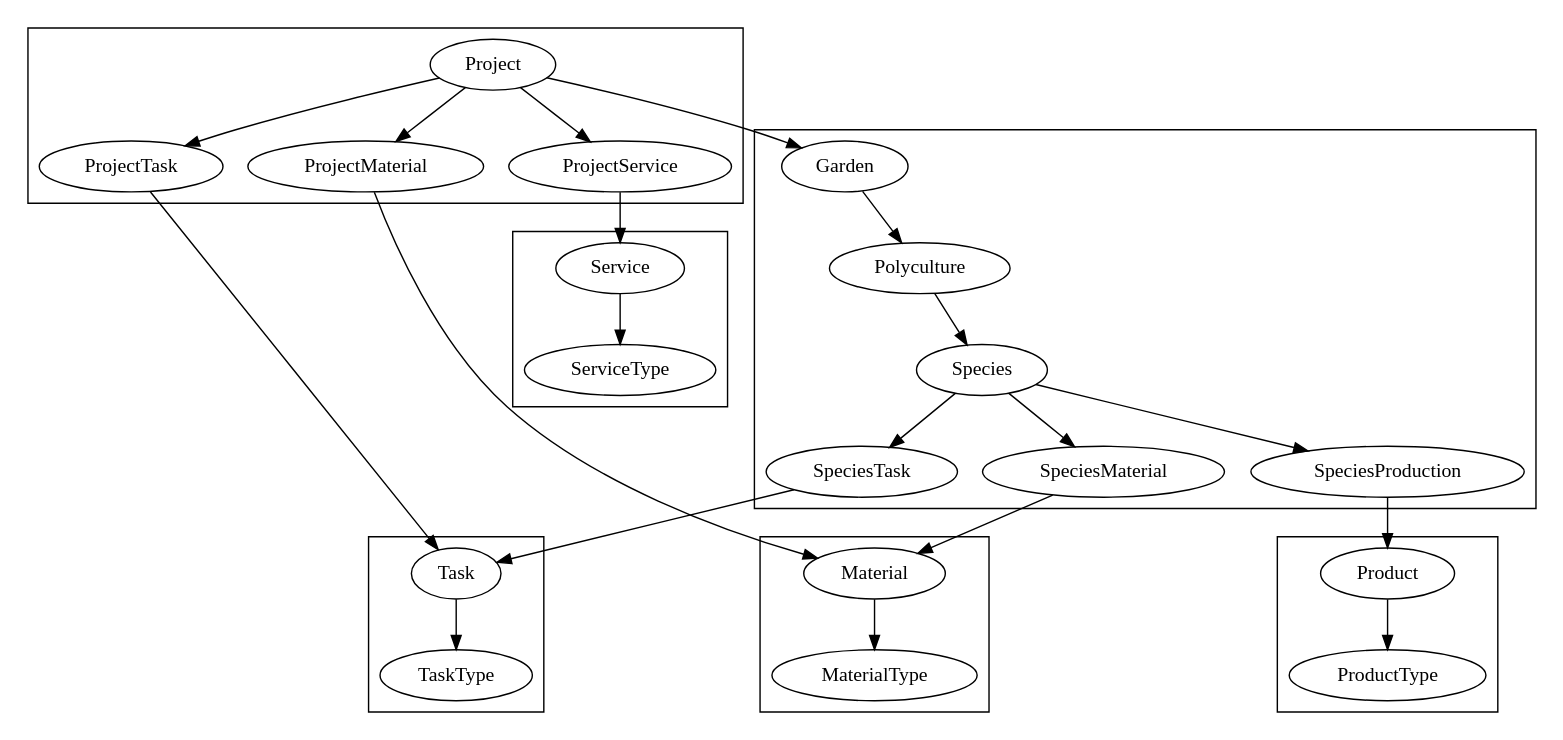
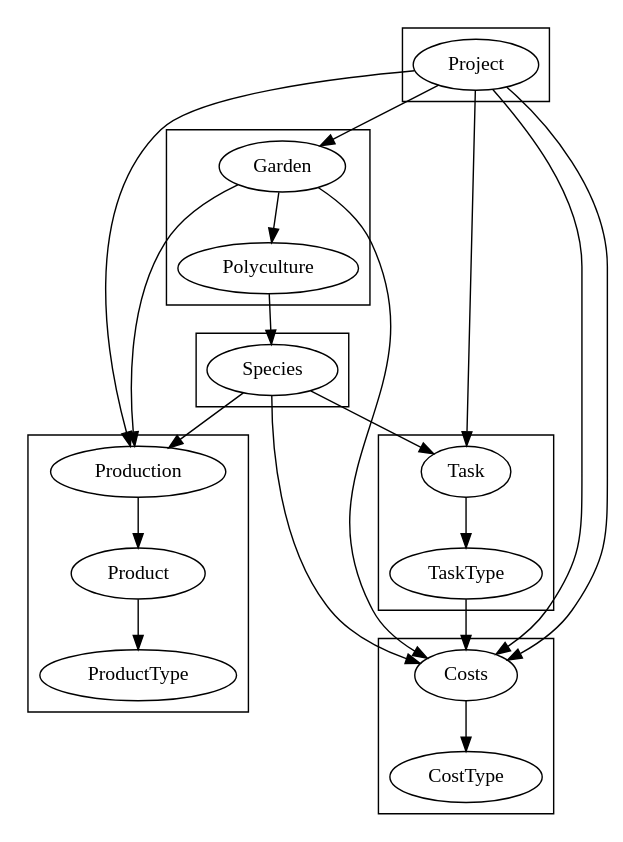
One commit to dsrp/treesandpeople changed the diagram in model_dependencies.dot. Above: the diagram before and after it, drawn with Graphviz.

Commit message:
Simplified.

```diff
--- a/model_dependencies.dot
+++ b/model_dependencies.dot
@@ -1,42 +1,55 @@
 digraph {
-    SpeciesProduction -> Product;
-    ProjectService -> Service;
+    Project -> Garden;
 
-    Project -> Garden;
-    ProjectMaterial -> Material;
+    Product -> ProductType;
 
-    SpeciesTask -> Task;
-    ProjectTask -> Task;
+    Task -> TaskType;
+
+    Polyculture -> Species;
+    Garden -> Polyculture;
+
+    Species -> Production;
+    Species -> Task;
+    Species -> Costs;
+
+    Project -> Task;
+    Project -> Costs;
+    Project -> Production;
+    Project -> Costs;
+
+    Garden -> Production;
+    Garden -> Costs;
+
+    Production -> Product;
+
+    Costs -> CostType;
+    TaskType -> Costs;
 
     subgraph cluster_0 {
-        Product -> ProductType;
+        Production;
+        Product; ProductType;
     }
 
     subgraph cluster_1 {
-        Task -> TaskType;
-    }
-
-    subgraph cluster_2 {
-        Material -> MaterialType;
+        Task; TaskType;
     }
 
     subgraph cluster_3 {
-        Polyculture -> Species;
-        Garden -> Polyculture;
-
-        Species -> SpeciesMaterial;
-        Species -> SpeciesProduction;
-        SpeciesMaterial -> Material;
-        Species -> SpeciesTask;
     }
 
     subgraph cluster_4 {
-        Project -> ProjectTask;
-        Project -> ProjectService;
-        Project -> ProjectMaterial;
+        Project;
     }
 
     subgraph cluster_5 {
-        Service -> ServiceType;
+        Costs; CostType;
+    }
+
+    subgraph cluster_6 {
+        Garden; Polyculture;
+    }
+
+    subgraph cluster_7 {
+        Species;
     }
 }
```
